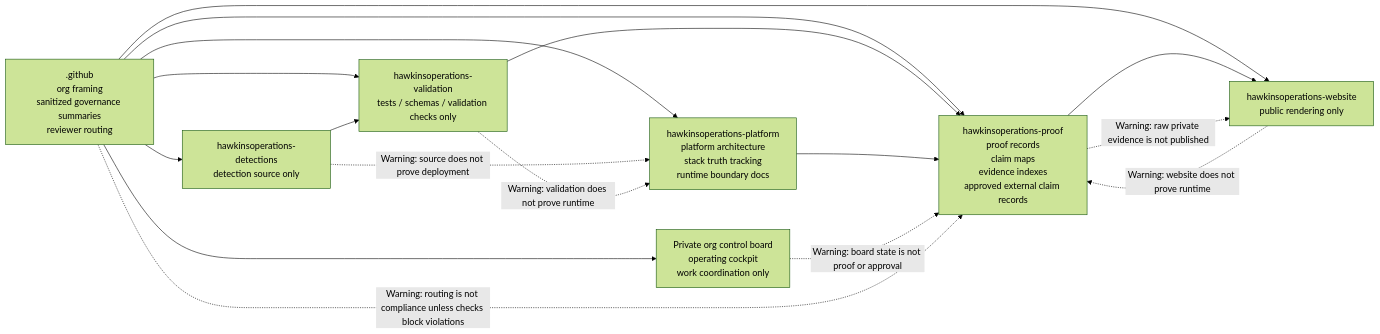
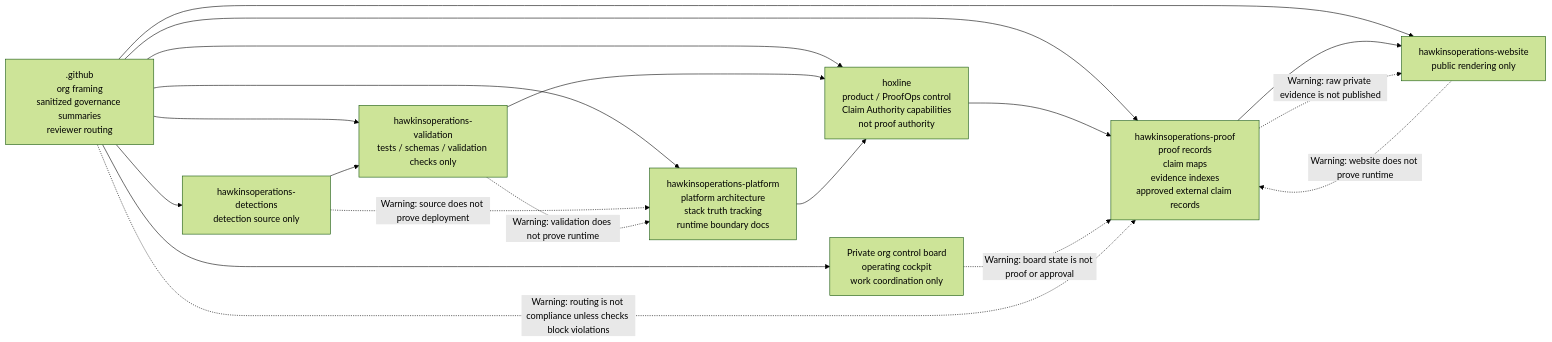
Before and after one commit to HawkinsOperations/.github: the first of 6 diagrams in wiki/11_ORG_SYSTEM_MAP.md, drawn with Mermaid (forest theme). The commit also changed other lines of this file and 5 other files, not shown here.

````diff
--- a/wiki/11_ORG_SYSTEM_MAP.md
+++ b/wiki/11_ORG_SYSTEM_MAP.md
@@ -24,29 +24,32 @@
 ```mermaid
 flowchart LR
     org[".github<br/>org framing<br/>sanitized governance summaries<br/>reviewer routing"]
+    hox["hoxline<br/>product / ProofOps control<br/>Claim Authority capabilities<br/>not proof authority"]
     det["hawkinsoperations-detections<br/>detection source only"]
     val["hawkinsoperations-validation<br/>tests / schemas / validation checks only"]
     plat["hawkinsoperations-platform<br/>platform architecture<br/>stack truth tracking<br/>runtime boundary docs"]
     proof["hawkinsoperations-proof<br/>proof records<br/>claim maps<br/>evidence indexes<br/>approved external claim records"]
     web["hawkinsoperations-website<br/>public rendering only"]
     project["Private org control board<br/>operating cockpit<br/>work coordination only"]
 
     org --> det
+    org --> hox
     org --> val
     org --> plat
     org --> proof
     org --> web
     org --> project
 
     det --> val
-    val --> proof
-    plat --> proof
+    val --> hox
+    plat --> hox
+    hox --> proof
     proof --> web
 
     web -. "Warning: website does not prove runtime" .-> proof
     project -. "Warning: board state is not proof or approval" .-> proof
     det -. "Warning: source does not prove deployment" .-> plat
     val -. "Warning: validation does not prove runtime" .-> plat
     proof -. "Warning: raw private evidence is not published" .-> web
     org -. "Warning: routing is not compliance unless checks block violations" .-> proof
 ```
````
